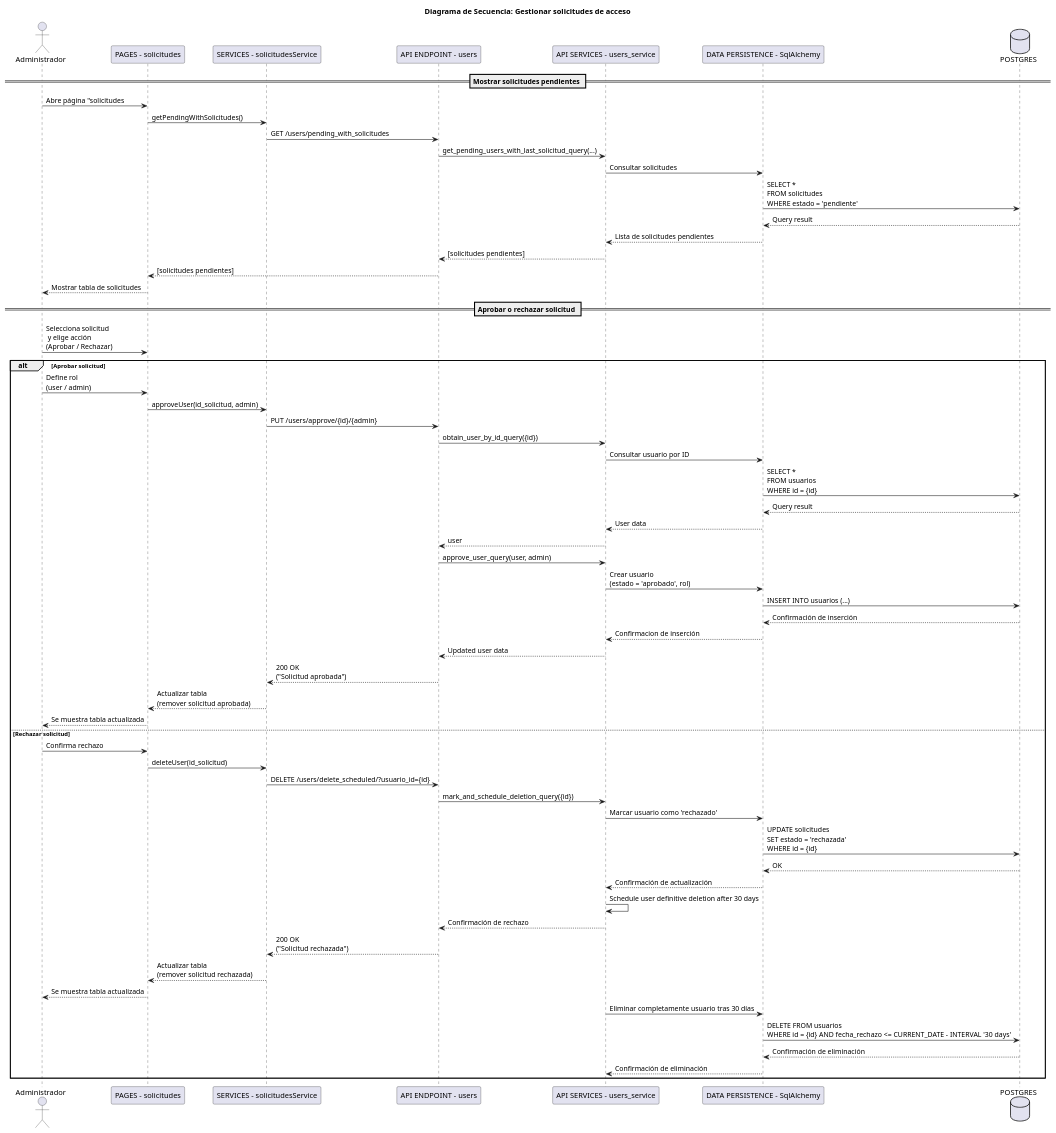
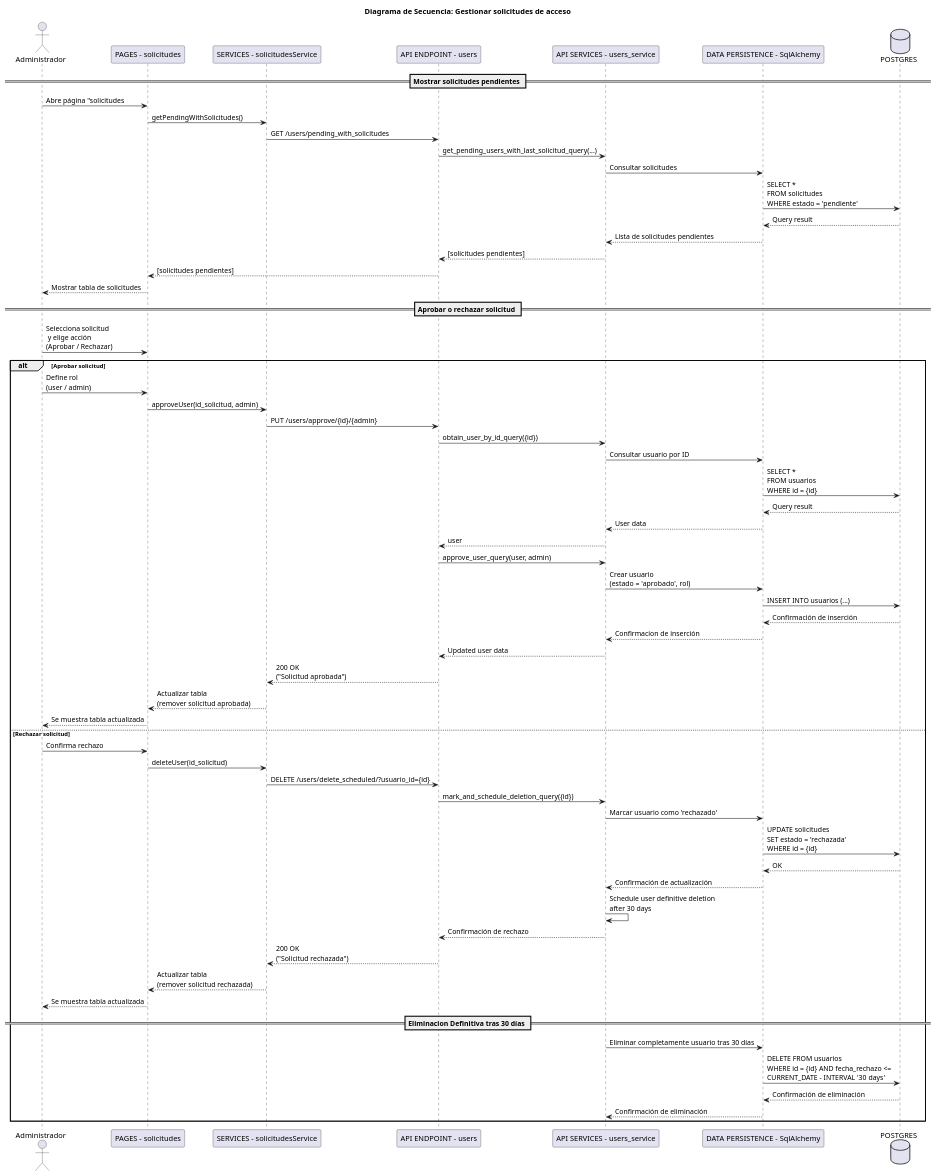
The diagram in docs/diagrama_secuencia/sprint2/HU_1A.wsd (Niik4466/SolarWeb), drawn with PlantUML before and after one commit. The commit also changed 2 other files, not shown here.

Commit message:
Agregados diagramas de - HU_1A - HU_4A - HU_4i

```diff
--- a/docs/diagrama_secuencia/sprint2/HU_1A.wsd
+++ b/docs/diagrama_secuencia/sprint2/HU_1A.wsd
@@ -1,79 +1,81 @@
 @startuml
 title Diagrama de Secuencia: Gestionar solicitudes de acceso
 
 actor Administrador
 participant UI as "PAGES - solicitudes"
 participant FE_Service as "SERVICES - solicitudesService"
 participant ENDPOINT as "API ENDPOINT - users"
 participant SERVICES as "API SERVICES - users_service"
 participant SQL as "DATA PERSISTENCE - SqlAlchemy"
 database DB as "POSTGRES"
 
 == Mostrar solicitudes pendientes ==
 
 Administrador -> UI : Abre página "solicitudes
 
 UI -> FE_Service :  getPendingWithSolicitudes()
 
 FE_Service -> ENDPOINT : GET /users/pending_with_solicitudes
 ENDPOINT -> SERVICES : get_pending_users_with_last_solicitud_query(...)
 SERVICES -> SQL : Consultar solicitudes
 SQL -> DB: SELECT * \nFROM solicitudes \nWHERE estado = 'pendiente'
 DB --> SQL : Query result
 SQL --> SERVICES : Lista de solicitudes pendientes
 SERVICES --> ENDPOINT: [solicitudes pendientes]
 ENDPOINT --> UI: [solicitudes pendientes]
 UI --> Administrador : Mostrar tabla de solicitudes
 
 == Aprobar o rechazar solicitud ==
 
 Administrador -> UI : Selecciona solicitud\n y elige acción\n(Aprobar / Rechazar)
 
 alt Aprobar solicitud
     Administrador -> UI : Define rol\n(user / admin)
     UI -> FE_Service : approveUser(id_solicitud, admin)
 
     FE_Service -> ENDPOINT : PUT /users/approve/{id}/{admin}
 
     ENDPOINT -> SERVICES : obtain_user_by_id_query({id})
     SERVICES -> SQL : Consultar usuario por ID
     SQL -> DB : SELECT * \nFROM usuarios \nWHERE id = {id}
     DB --> SQL : Query result
     SQL --> SERVICES : User data
     SERVICES --> ENDPOINT : user
 
     ENDPOINT -> SERVICES : approve_user_query(user, admin)
     SERVICES -> SQL : Crear usuario\n(estado = 'aprobado', rol)
     SQL -> DB : INSERT INTO usuarios (...)
     DB --> SQL : Confirmación de inserción
     SQL --> SERVICES : Confirmacion de inserción
     SERVICES --> ENDPOINT : Updated user data
 
     ENDPOINT --> FE_Service : 200 OK\n("Solicitud aprobada")
     FE_Service --> UI : Actualizar tabla\n(remover solicitud aprobada)
     UI --> Administrador : Se muestra tabla actualizada
 else Rechazar solicitud
     Administrador -> UI : Confirma rechazo
     UI -> FE_Service : deleteUser(id_solicitud)
 
     FE_Service -> ENDPOINT : DELETE /users/delete_scheduled/?usuario_id={id}
 
     ENDPOINT -> SERVICES : mark_and_schedule_deletion_query({id})
     SERVICES -> SQL : Marcar usuario como 'rechazado'
     SQL -> DB : UPDATE solicitudes\nSET estado = 'rechazada'\nWHERE id = {id}
     DB --> SQL : OK
     SQL --> SERVICES : Confirmación de actualización
-    SERVICES -> SERVICES: Schedule user definitive deletion after 30 days
+    SERVICES -> SERVICES: Schedule user definitive deletion\nafter 30 days
     SERVICES --> ENDPOINT : Confirmación de rechazo
 
     ENDPOINT --> FE_Service : 200 OK\n("Solicitud rechazada")
     FE_Service --> UI : Actualizar tabla\n(remover solicitud rechazada)
     UI --> Administrador : Se muestra tabla actualizada
 
+    == Eliminacion Definitiva tras 30 días ==
+
     SERVICES -> SQL : Eliminar completamente usuario tras 30 días
-    SQL -> DB : DELETE FROM usuarios\nWHERE id = {id} AND fecha_rechazo <= CURRENT_DATE - INTERVAL '30 days'
+    SQL -> DB : DELETE FROM usuarios\nWHERE id = {id} AND fecha_rechazo <=\nCURRENT_DATE - INTERVAL '30 days'
     DB --> SQL : Confirmación de eliminación
     SQL --> SERVICES : Confirmación de eliminación
 end
 
 @enduml
```
